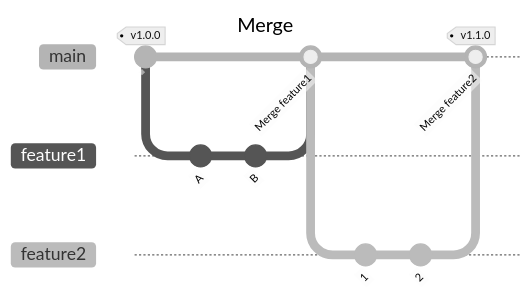
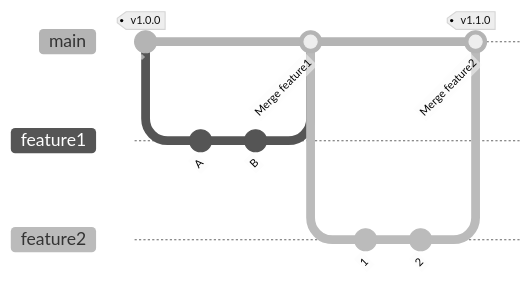
The second of 5 diagrams in README.md (louisrubet/simplest-git-branching-model), drawn with Mermaid (neutral theme) before and after one commit. The commit also changed other lines of this file, not shown here.

Commit message:
Cleaner first graph and credits

````diff
--- a/README.md
+++ b/README.md
@@ -48,17 +51,14 @@
 ```mermaid
----
-title: Merge
----
 gitGraph
    commit id: " " tag: "v1.0.0"
    branch feature1
    commit id: "A"
    commit id: "B"
    checkout main
    merge feature1 id:"Merge feature1"
    branch feature2
    commit id: "1"
    commit id: "2"
    checkout main
    merge feature2 id:"Merge feature2" tag: "v1.1.0" 
 ```
````
